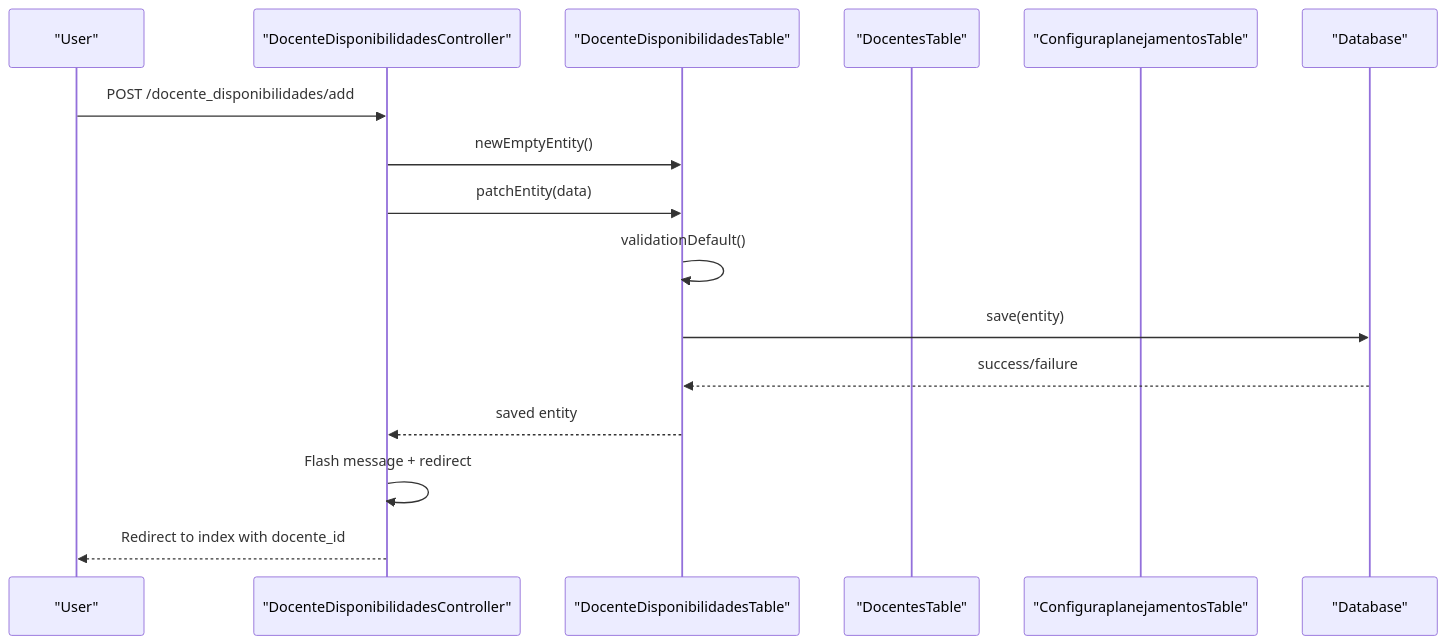
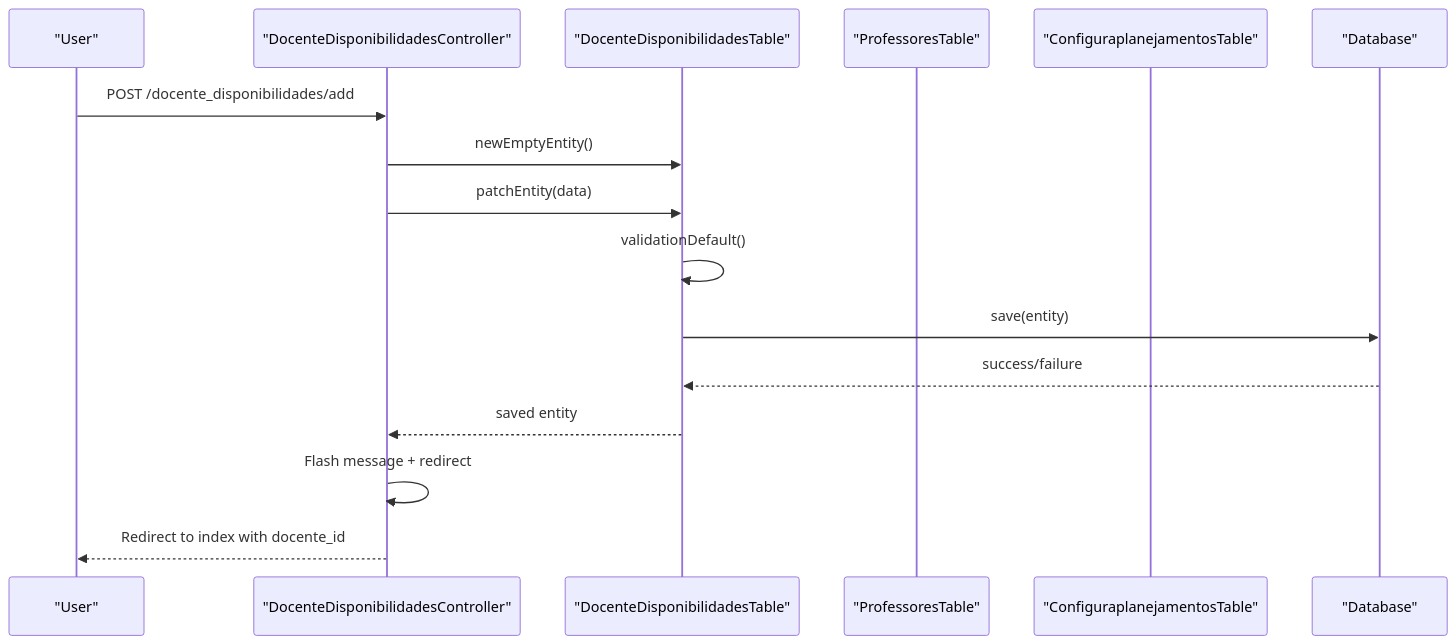
The second of 8 diagrams in .qoder/repowiki/en/content/Core Features/Faculty Management/Faculty Availability Management.md (luiseduacosta/planejamento5), drawn with Mermaid before and after one commit. The commit also changed other lines of this file and 37 other files, not shown here.

Commit message:
repowiki: rename Docentes → Professores in metadata

````diff
--- a/.qoder/repowiki/en/content/Core Features/Faculty Management/Faculty Availability Management.md
+++ b/.qoder/repowiki/en/content/Core Features/Faculty Management/Faculty Availability Management.md
@@ -122,18 +122,18 @@
 ```mermaid
 sequenceDiagram
 participant U as "User"
 participant C as "DocenteDisponibilidadesController"
 participant T as "DocenteDisponibilidadesTable"
-participant D as "DocentesTable"
+participant D as "ProfessoresTable"
 participant P as "ConfiguraplanejamentosTable"
 participant DB as "Database"
 U->>C : POST /docente_disponibilidades/add
 C->>T : newEmptyEntity()
 C->>T : patchEntity(data)
 T->>T : validationDefault()
 T->>DB : save(entity)
 DB-->>T : success/failure
 T-->>C : saved entity
 C->>C : Flash message + redirect
 C-->>U : Redirect to index with docente_id
 ```
````
